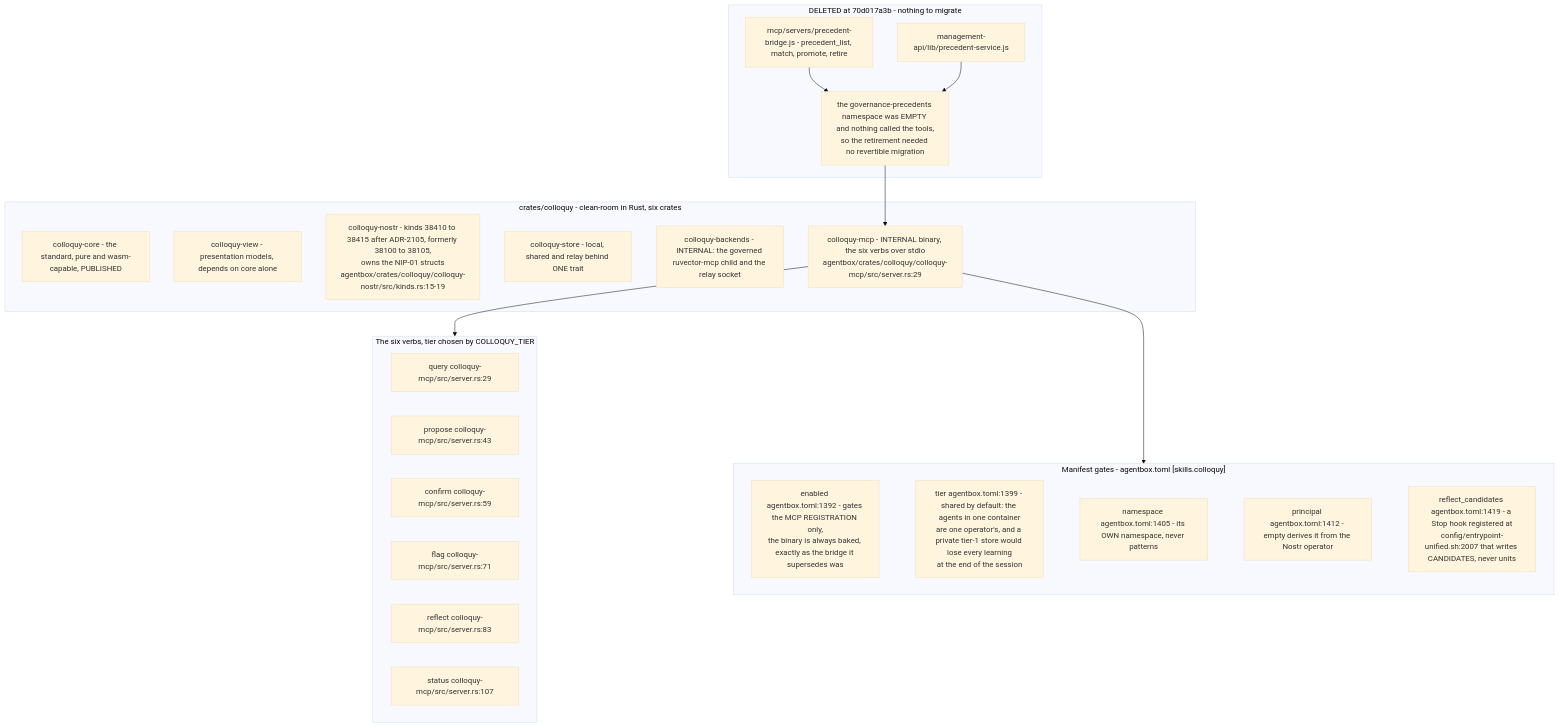
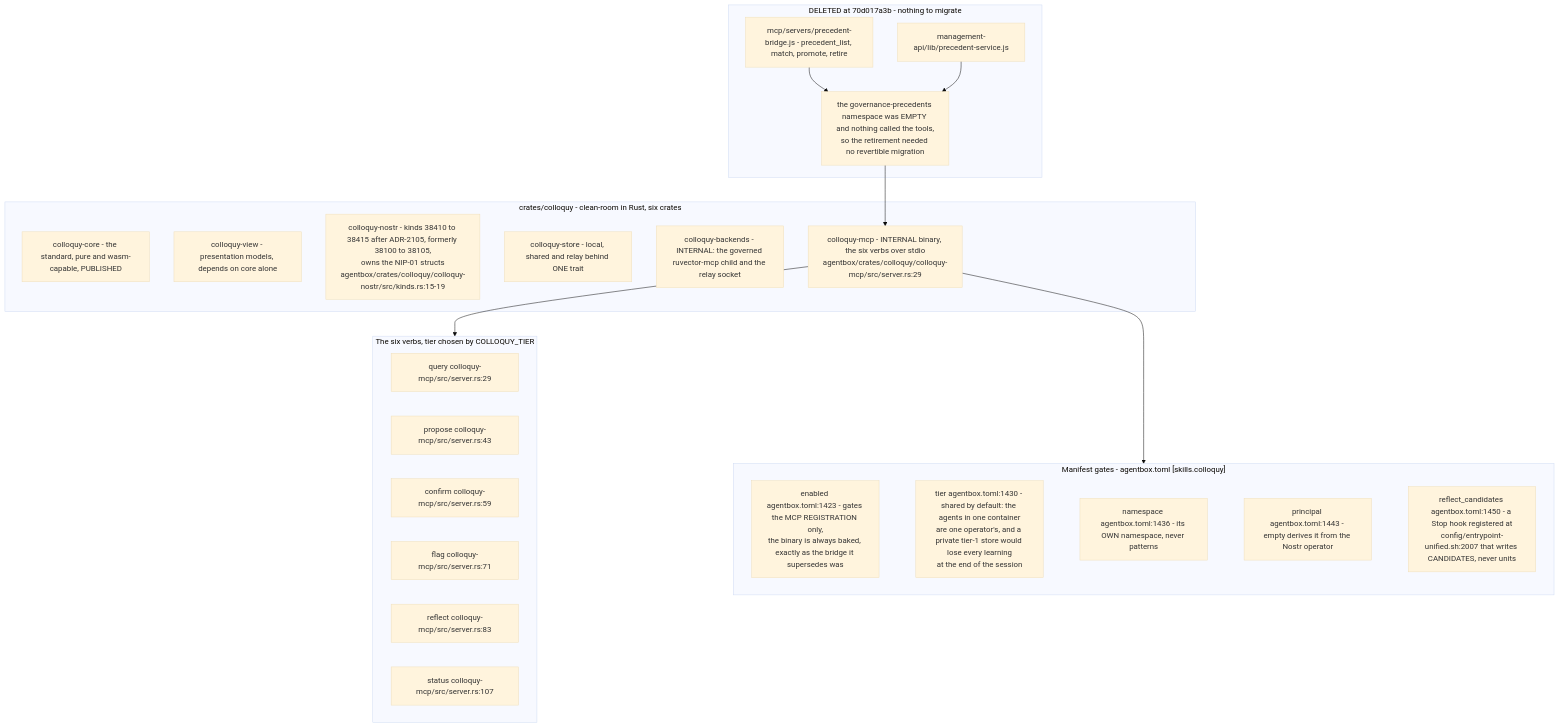
One commit to DreamLab-AI/VisionFlow changed the ninth of 10 diagrams in docs/diagrams/agentbox/28-agentbox-services-and-manifest-binary.md. Above: the diagram before and after it, drawn with Mermaid (base theme). The commit also changed other lines of this file and 7 other files, not shown here.

````diff
--- a/docs/diagrams/agentbox/28-agentbox-services-and-manifest-binary.md
+++ b/docs/diagrams/agentbox/28-agentbox-services-and-manifest-binary.md
@@ -431,37 +433,37 @@
 ```mermaid
 flowchart TB
     subgraph gone["DELETED at 70d017a3b - nothing to migrate"]
         G1["mcp/servers/precedent-bridge.js - precedent_list, match, promote, retire"]
         G2["management-api/lib/precedent-service.js"]
         G3["the governance-precedents namespace was EMPTY and nothing called the tools,<br/>so the retirement needed no revertible migration"]
         G1 --> G3
         G2 --> G3
     end
     subgraph crates["crates/colloquy - clean-room in Rust, six crates"]
         P1["colloquy-core - the standard, pure and wasm-capable, PUBLISHED"]
         P2["colloquy-view - presentation models, depends on core alone"]
         P3["colloquy-nostr - kinds 38410 to 38415 after ADR-2105, formerly 38100 to 38105,<br/>owns the NIP-01 structs<br/>agentbox/crates/colloquy/colloquy-nostr/src/kinds.rs:15-19"]
         P4["colloquy-store - local, shared and relay behind ONE trait"]
         P5["colloquy-backends - INTERNAL: the governed ruvector-mcp child and the relay socket"]
         P6["colloquy-mcp - INTERNAL binary, the six verbs over stdio<br/>agentbox/crates/colloquy/colloquy-mcp/src/server.rs:29"]
     end
     G3 --> P6
     subgraph verbs["The six verbs, tier chosen by COLLOQUY_TIER"]
         V1["query colloquy-mcp/src/server.rs:29"]
         V2["propose colloquy-mcp/src/server.rs:43"]
         V3["confirm colloquy-mcp/src/server.rs:59"]
         V4["flag colloquy-mcp/src/server.rs:71"]
         V5["reflect colloquy-mcp/src/server.rs:83"]
         V6["status colloquy-mcp/src/server.rs:107"]
     end
     P6 --> verbs
     subgraph gates["Manifest gates - agentbox.toml [skills.colloquy]"]
-        M1["enabled agentbox.toml:1392 - gates the MCP REGISTRATION only,<br/>the binary is always baked, exactly as the bridge it supersedes was"]
-        M2["tier agentbox.toml:1399 - shared by default: the agents in one container<br/>are one operator's, and a private tier-1 store would lose every learning<br/>at the end of the session"]
-        M3["namespace agentbox.toml:1405 - its OWN namespace, never patterns"]
-        M4["principal agentbox.toml:1412 - empty derives it from the Nostr operator"]
-        M5["reflect_candidates agentbox.toml:1419 - a Stop hook registered at<br/>config/entrypoint-unified.sh:2007 that writes CANDIDATES, never units"]
+        M1["enabled agentbox.toml:1423 - gates the MCP REGISTRATION only,<br/>the binary is always baked, exactly as the bridge it supersedes was"]
+        M2["tier agentbox.toml:1430 - shared by default: the agents in one container<br/>are one operator's, and a private tier-1 store would lose every learning<br/>at the end of the session"]
+        M3["namespace agentbox.toml:1436 - its OWN namespace, never patterns"]
+        M4["principal agentbox.toml:1443 - empty derives it from the Nostr operator"]
+        M5["reflect_candidates agentbox.toml:1450 - a Stop hook registered at<br/>config/entrypoint-unified.sh:2007 that writes CANDIDATES, never units"]
         M1 ~~~ M2 ~~~ M3 ~~~ M4 ~~~ M5
     end
     P6 --> gates
 ```
````
